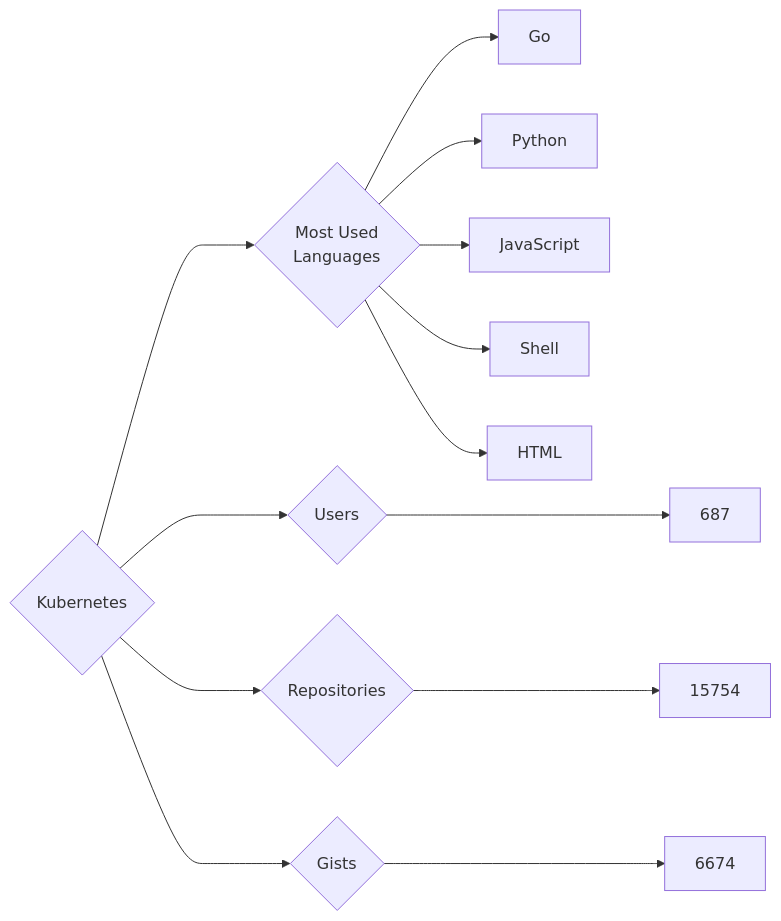
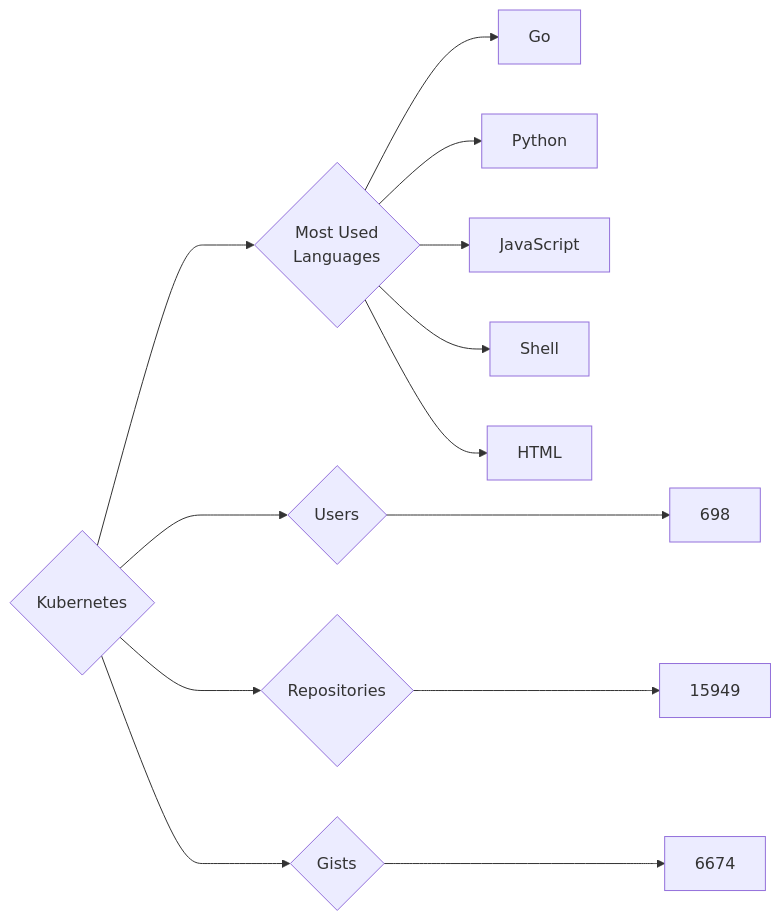
The diagram in targets/Kubernetes/README.md (trickest/insiders), drawn with Mermaid before and after one commit. The commit also changed 714 other files, not shown here.

````diff
--- a/targets/Kubernetes/README.md
+++ b/targets/Kubernetes/README.md
@@ -3,13 +3,13 @@
 ```mermaid
 graph LR
 COMPANY_NAME{Kubernetes}
-COMPANY_NAME ---> U{Users} ---> UN[687]
-COMPANY_NAME ---> R{Repositories} ---> RN[15754]
+COMPANY_NAME ---> U{Users} ---> UN[698]
+COMPANY_NAME ---> R{Repositories} ---> RN[15949]
 COMPANY_NAME ---> G{Gists} ---> GN[6674]
 COMPANY_NAME ---> ML{Most Used<br>Languages}
 ML --> Go[Go]
 ML --> Python[Python]
 ML --> JavaScript[JavaScript]
 ML --> Shell[Shell]
 ML --> HTML[HTML]
 ```
````
